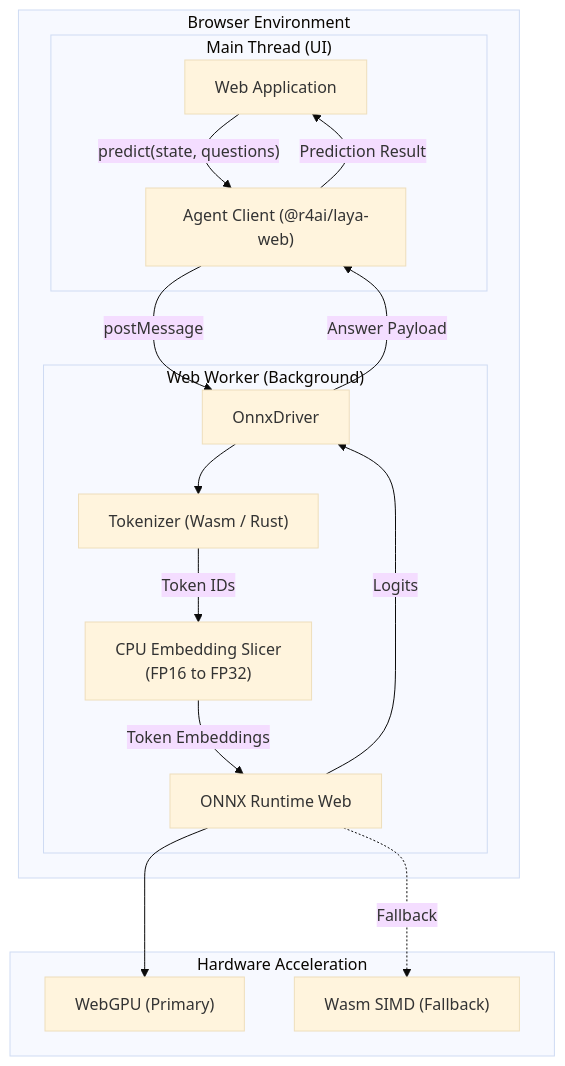
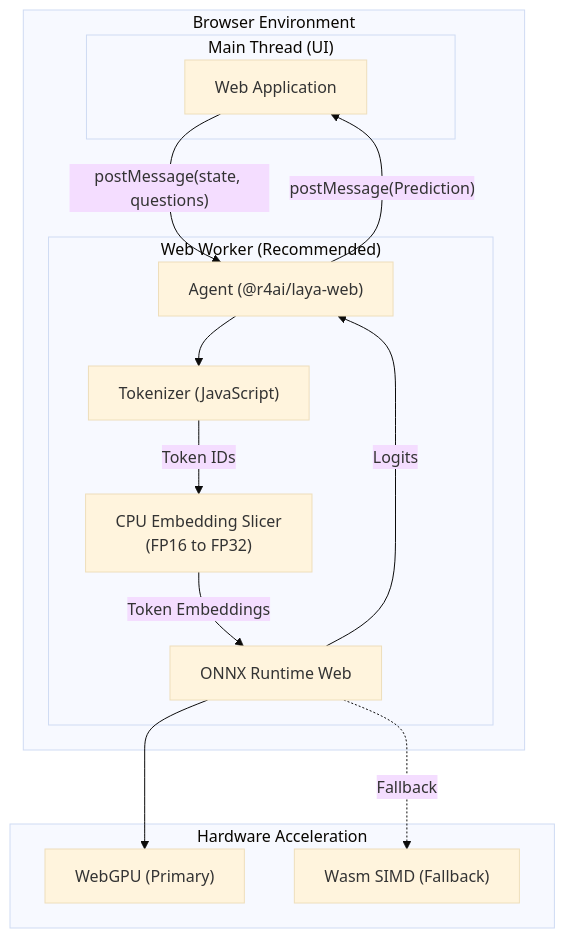
One commit to r4ai/laya-web changed the diagram in README.md. Above: the diagram before and after it, drawn with Mermaid (base theme). The commit also changed other lines of this file and 2 other files, not shown here.

Commit message:
docs: align architecture, asset specs, and validation docs with implementation

````diff
--- a/README.md
+++ b/README.md
@@ -29,32 +29,29 @@
 ```mermaid
 flowchart TD
     subgraph Host ["Browser Environment"]
         subgraph Main ["Main Thread (UI)"]
             App["Web Application"]
-            Client["Agent Client (@r4ai/laya-web)"]
         end
 
-        subgraph Worker ["Web Worker (Background)"]
-            Driver["OnnxDriver"]
-            Tokenizer["Tokenizer (Wasm / Rust)"]
+        subgraph Worker ["Web Worker (Recommended)"]
+            Agent["Agent (@r4ai/laya-web)"]
+            Tokenizer["Tokenizer (JavaScript)"]
             Slicer["CPU Embedding Slicer<br/>(FP16 to FP32)"]
             ORT["ONNX Runtime Web"]
         end
     end
 
     subgraph Hardware ["Hardware Acceleration"]
         WebGPU["WebGPU (Primary)"]
         Wasm["Wasm SIMD (Fallback)"]
     end
 
-    App -->|"predict(state, questions)"| Client
-    Client -->|postMessage| Driver
-    Driver --> Tokenizer
-    Tokenizer -->|Token IDs| Slicer
-    Slicer -->|Token Embeddings| ORT
+    App -->|"postMessage(state, questions)"| Agent
+    Agent --> Tokenizer
+    Tokenizer -->|"Token IDs"| Slicer
+    Slicer -->|"Token Embeddings"| ORT
     ORT --> WebGPU
-    ORT -.->|Fallback| Wasm
-    ORT -->|Logits| Driver
-    Driver -->|Answer Payload| Client
-    Client -->|Prediction Result| App
+    ORT -.->|"Fallback"| Wasm
+    ORT -->|"Logits"| Agent
+    Agent -->|"postMessage(Prediction)"| App
 ```
````
